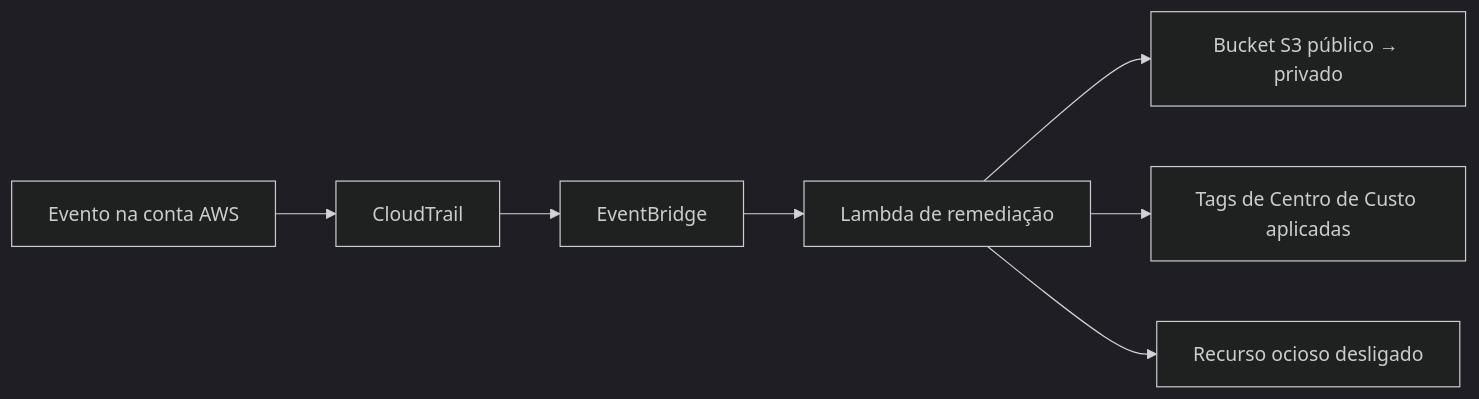
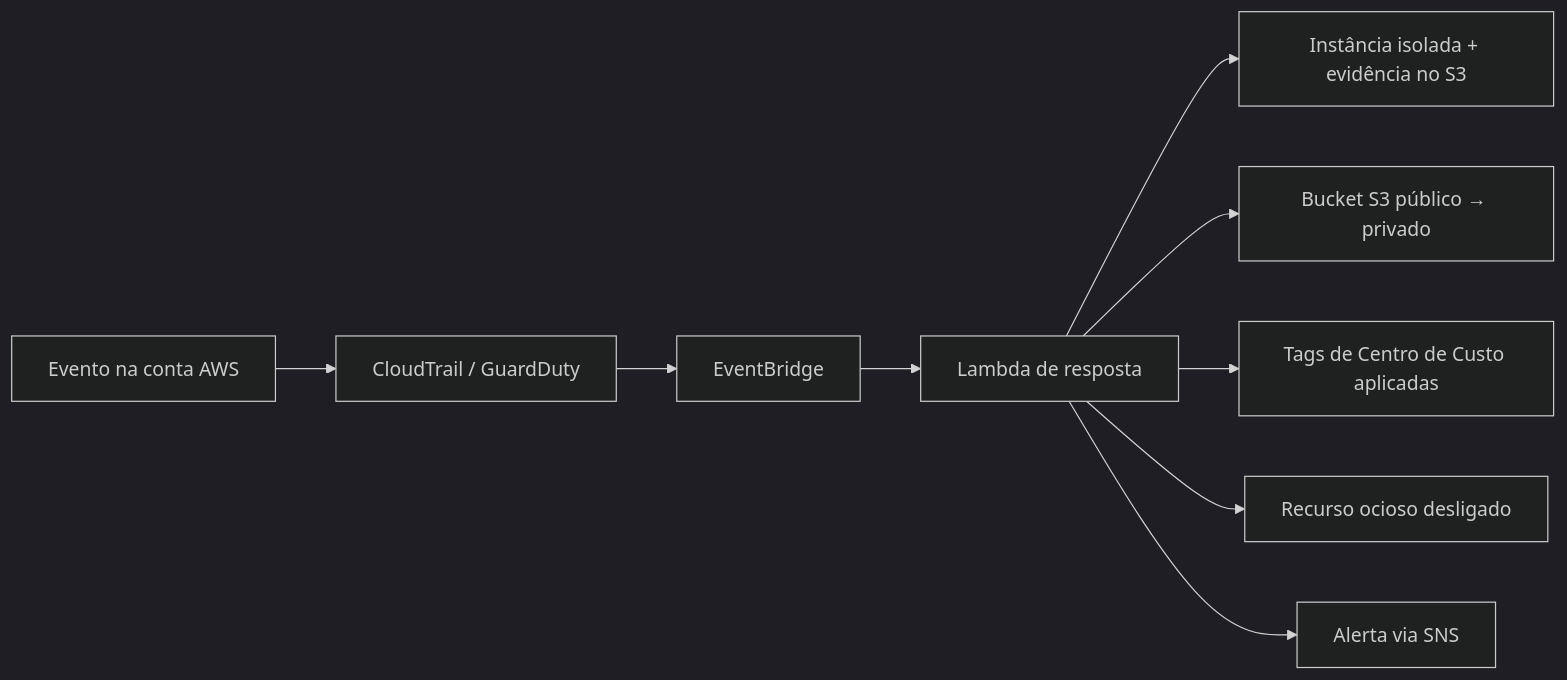
The diagram in README.md (kctxdev/Kctxdev), drawn with Mermaid before and after one commit. The commit also changed other lines of this file, not shown here.

````diff
--- a/README.md
+++ b/README.md
@@ -275,10 +206,12 @@
 ```mermaid
 %%{init: {'theme':'dark'}}%%
 flowchart LR
-    A[Evento na conta AWS] --> B[CloudTrail]
+    A[Evento na conta AWS] --> B[CloudTrail / GuardDuty]
     B --> C[EventBridge]
-    C --> D[Lambda de remediação]
-    D --> E[Bucket S3 público → privado]
-    D --> F[Tags de Centro de Custo aplicadas]
-    D --> G[Recurso ocioso desligado]
+    C --> D[Lambda de resposta]
+    D --> E[Instância isolada + evidência no S3]
+    D --> F[Bucket S3 público → privado]
+    D --> G[Tags de Centro de Custo aplicadas]
+    D --> H[Recurso ocioso desligado]
+    D --> I[Alerta via SNS]
 ```
````
